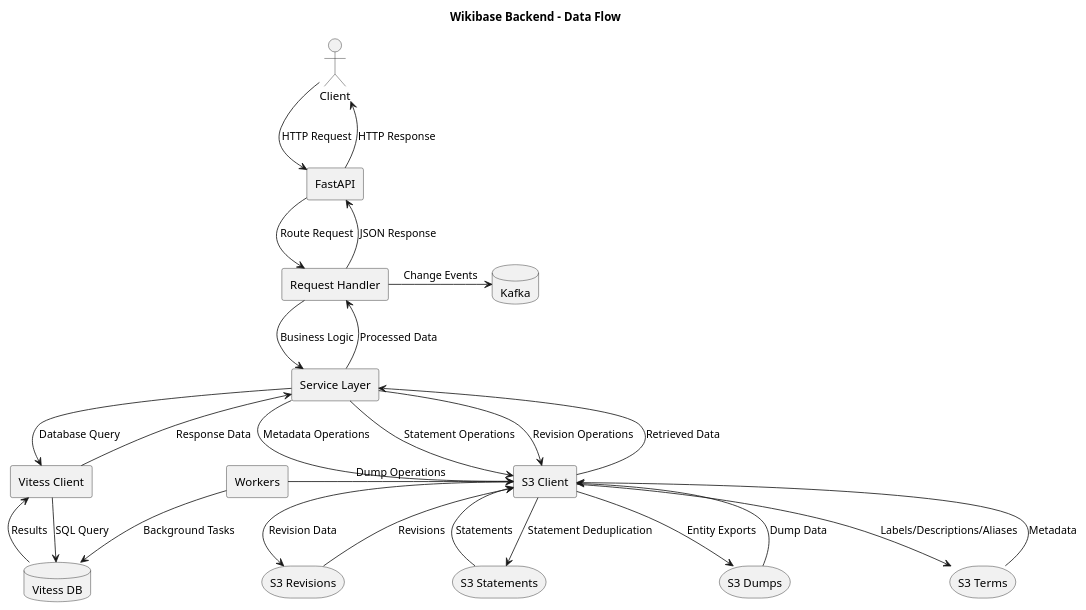
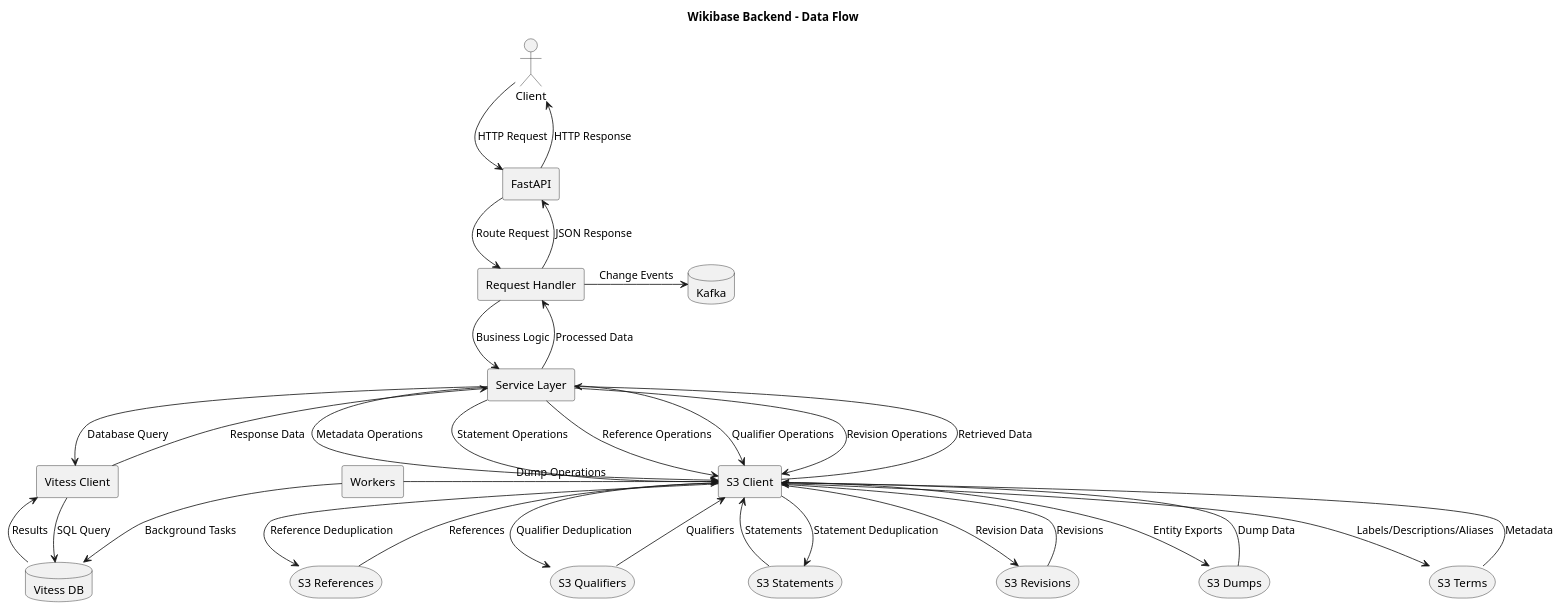
Before and after one commit to dpriskorn/entitybase-backend: the diagram in doc/DIAGRAMS/data_flow.puml, drawn with PlantUML. The commit also changed 4 other files, not shown here.

Commit message:
Update diagram generation scripts to include new S3 buckets for references and qualifiers

```diff
--- a/doc/DIAGRAMS/data_flow.puml
+++ b/doc/DIAGRAMS/data_flow.puml
@@ -1,52 +1,60 @@
 @startuml Data Flow
 
 title Wikibase Backend - Data Flow
 
 actor "Client" as Client
 rectangle "FastAPI" as API
 rectangle "Request Handler" as Handler
 rectangle "Service Layer" as Service
 rectangle "Vitess Client" as VitessClient
 database "Vitess DB" as Vitess
 rectangle "S3 Client" as S3Client
 storage "S3 Terms" as S3Terms
 storage "S3 Statements" as S3Statements
+storage "S3 References" as S3References
+storage "S3 Qualifiers" as S3Qualifiers
 storage "S3 Revisions" as S3Revisions
 storage "S3 Dumps" as S3Dumps
 rectangle "Workers" as Workers
 database "Kafka" as Kafka
 
 ' Main request flow
 Client -> API : HTTP Request
 API -> Handler : Route Request
 Handler -> Service : Business Logic
 Service -> VitessClient : Database Query
 VitessClient -> Vitess : SQL Query
 
 ' Background processing
 Handler -> Kafka : Change Events
 Workers -> Vitess : Background Tasks
 
 ' Storage operations
 Service -> S3Client : Metadata Operations
 S3Client -> S3Terms : Labels/Descriptions/Aliases
 Service -> S3Client : Statement Operations
 S3Client -> S3Statements : Statement Deduplication
+Service -> S3Client : Reference Operations
+S3Client -> S3References : Reference Deduplication
+Service -> S3Client : Qualifier Operations
+S3Client -> S3Qualifiers : Qualifier Deduplication
 Service -> S3Client : Revision Operations
 S3Client -> S3Revisions : Revision Data
 Workers -> S3Client : Dump Operations
 S3Client -> S3Dumps : Entity Exports
 
 ' Response flow
 S3Terms --> S3Client : Metadata
 S3Statements --> S3Client : Statements
+S3References --> S3Client : References
+S3Qualifiers --> S3Client : Qualifiers
 S3Revisions --> S3Client : Revisions
 S3Dumps --> S3Client : Dump Data
 S3Client --> Service : Retrieved Data
 Vitess --> VitessClient : Results
 VitessClient --> Service : Response Data
 Service --> Handler : Processed Data
 Handler --> API : JSON Response
 API --> Client : HTTP Response
 
 @enduml
```
